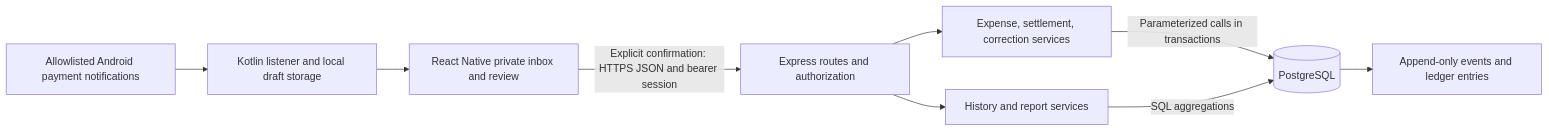
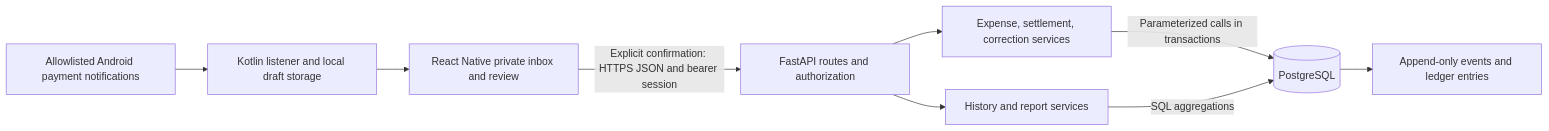
Before and after one commit to kanishkaarunkumar/splix: the first of 2 diagrams in ARCHITECTURE.md, drawn with Mermaid. The commit also changed other lines of this file and 29 other files, not shown here.

````diff
--- a/ARCHITECTURE.md
+++ b/ARCHITECTURE.md
@@ -9,11 +9,11 @@
 ```mermaid
 flowchart LR
     N[Allowlisted Android payment notifications] --> K[Kotlin listener and local draft storage]
     K --> U[React Native private inbox and review]
-    U -->|Explicit confirmation: HTTPS JSON and bearer session| A[Express routes and authorization]
+    U -->|Explicit confirmation: HTTPS JSON and bearer session| A[FastAPI routes and authorization]
     A --> S[Expense, settlement, correction services]
     A --> R[History and report services]
     S -->|Parameterized calls in transactions| D[(PostgreSQL)]
     R -->|SQL aggregations| D
     D --> L[Append-only events and ledger entries]
 ```
````
